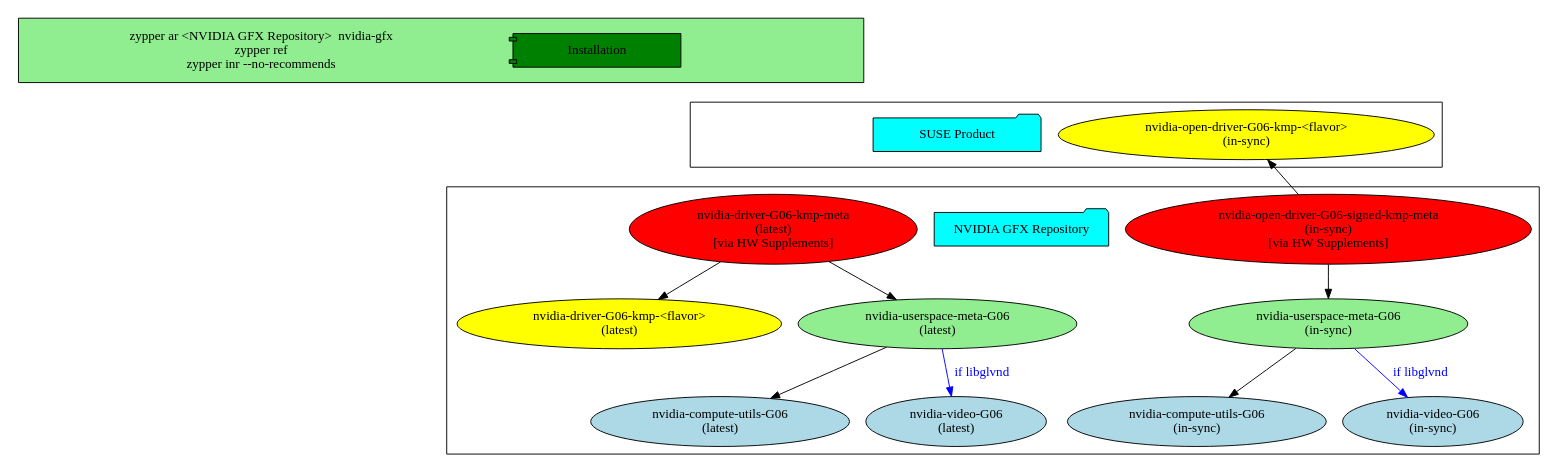
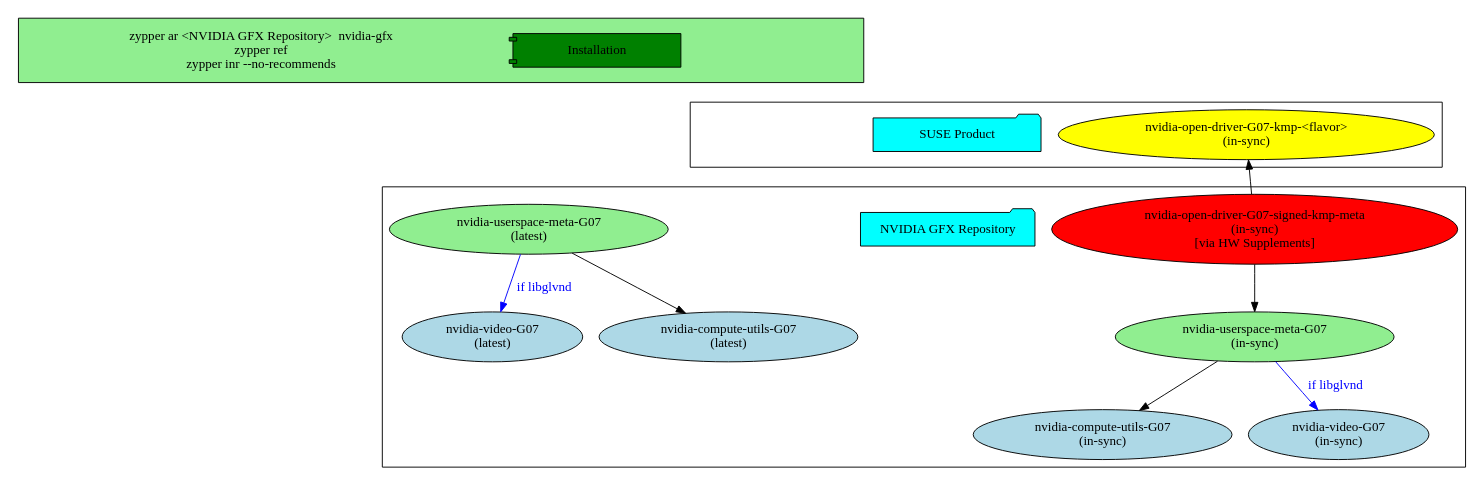
One commit to sndirsch/sndirsch.github.io changed the diagram in assets/src/2025-07-16-nvidia-drivers/repos.dot. Above: the diagram before and after it, drawn with Graphviz. The commit also changed 3 other files, not shown here.

Commit message:
nvidia: updated graphics; added G06=>G07 migration section

```diff
--- a/assets/src/2025-07-16-nvidia-drivers/repos.dot
+++ b/assets/src/2025-07-16-nvidia-drivers/repos.dot
@@ -1,46 +1,42 @@
 digraph {
 	rankdir=TB;
 
 	// Dummy nodes to enforce vertical order
         cluster0_anchor [style=invisible];
         cluster1_anchor [style=invisible];
         cluster2_anchor [style=invisible];
 
 	// force vertical order
         cluster0_anchor -> cluster1_anchor [style=invis];
         cluster1_anchor -> cluster2_anchor [style=invis];
 	
         subgraph cluster_2 {
 		cluster2_anchor; // Dummy node inside cluster
                 repo_nvidia[fillcolor=aqua,style=filled,width=2.5,shape=folder,label="NVIDIA GFX Repository"]
-                proprietary_meta[fillcolor=red,style=filled,label="nvidia-driver-G06-kmp-meta\n(latest)\n[via HW Supplements]"]
-                open_meta[fillcolor=red,style=filled,label="nvidia-open-driver-G06-signed-kmp-meta\n(in-sync)\n[via HW Supplements]"]
-                proprietary[fillcolor=yellow,style=filled,label="nvidia-driver-G06-kmp-<flavor>\n(latest)"]
-                userspace_meta_latest[fillcolor=lightgreen,style=filled,label="nvidia-userspace-meta-G06\n(latest)"]
-                userspace_meta_insync[fillcolor=lightgreen,style=filled,label="nvidia-userspace-meta-G06\n(in-sync)"]
-                compute_latest[fillcolor=lightblue,style=filled,label="nvidia-compute-utils-G06\n(latest)"]
-                compute_insync[fillcolor=lightblue,style=filled,label="nvidia-compute-utils-G06\n(in-sync)"]
-                video_latest[fillcolor=lightblue,style=filled,label="nvidia-video-G06\n(latest)"]
-                video_insync[fillcolor=lightblue,style=filled,label="nvidia-video-G06\n(in-sync)"]
+                open_meta[fillcolor=red,style=filled,label="nvidia-open-driver-G07-signed-kmp-meta\n(in-sync)\n[via HW Supplements]"]
+                userspace_meta_latest[fillcolor=lightgreen,style=filled,label="nvidia-userspace-meta-G07\n(latest)"]
+                userspace_meta_insync[fillcolor=lightgreen,style=filled,label="nvidia-userspace-meta-G07\n(in-sync)"]
+                compute_latest[fillcolor=lightblue,style=filled,label="nvidia-compute-utils-G07\n(latest)"]
+                compute_insync[fillcolor=lightblue,style=filled,label="nvidia-compute-utils-G07\n(in-sync)"]
+                video_latest[fillcolor=lightblue,style=filled,label="nvidia-video-G07\n(latest)"]
+                video_insync[fillcolor=lightblue,style=filled,label="nvidia-video-G07\n(in-sync)"]
         }
         subgraph cluster_1 {
 		cluster1_anchor; // Dummy node inside cluster
                 repo_suse[fillcolor=aqua,style=filled,width=2.5,shape=folder,label="SUSE Product"]
-                open[fillcolor=yellow,style=filled,label="nvidia-open-driver-G06-kmp-<flavor>\n(in-sync)"]
+                open[fillcolor=yellow,style=filled,label="nvidia-open-driver-G07-kmp-<flavor>\n(in-sync)"]
         }
         subgraph cluster_0{
 		cluster0_anchor; // Dummy node inside cluster
                 bgcolor="lightgreen"
                 repo_install[fillcolor=green,style=filled,width=2.5,shape=component,label="Installation"]
                 command1[shape=none,width=7,label="zypper ar <NVIDIA GFX Repository>  nvidia-gfx\nzypper ref\nzypper inr --no-recommends"]
         }
 
-        proprietary_meta -> proprietary
-        proprietary_meta -> userspace_meta_latest
         open_meta -> open
         open_meta -> userspace_meta_insync
         userspace_meta_latest -> compute_latest
         userspace_meta_latest -> video_latest [color="blue",fontcolor="blue",label="if libglvnd"]
         userspace_meta_insync -> compute_insync
         userspace_meta_insync -> video_insync [color="blue",fontcolor="blue",label="if libglvnd"]
 }
```
